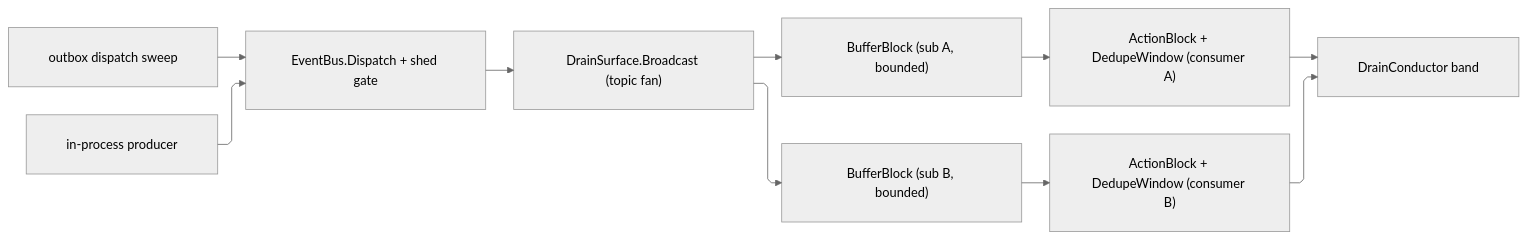
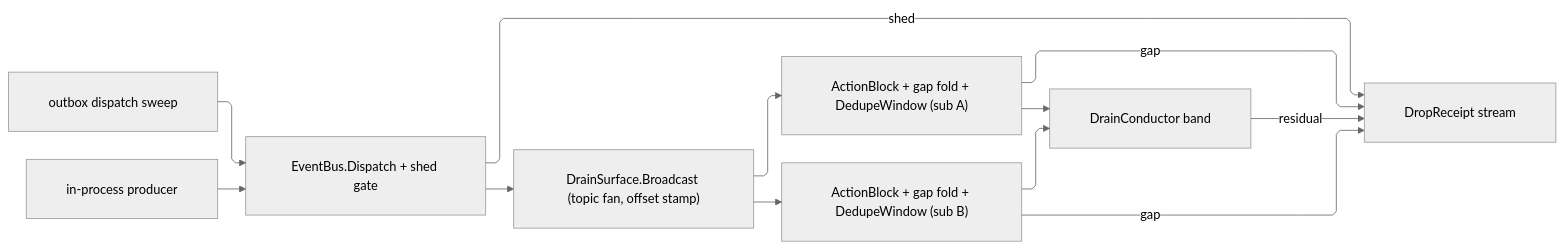
One commit to bsamiee/Rasm changed the diagram in libs/csharp/Rasm.AppHost/.planning/Wire/topics.md. Above: the diagram before and after it, drawn with Mermaid (neutral theme). The commit also changed other lines of this file and 400 other files, not shown here.

````diff
--- a/libs/csharp/Rasm.AppHost/.planning/Wire/topics.md
+++ b/libs/csharp/Rasm.AppHost/.planning/Wire/topics.md
@@ -177,21 +290,23 @@
 ```mermaid
 ---
 config:
   layout: elk
   flowchart:
     curve: linear
     padding: 25
 ---
 flowchart LR
-    accTitle: One topic fan, bounded subscriptions, one drain
-    accDescr: A DomainEvent posts to the topic fan through the drain-surface broadcast builder; each subscription is a bounded BufferBlock feeding an ActionBlock consumer behind the composed dedupe window; the outbox dispatch sweep and in-process producers both publish through EventBus.Dispatch under the degradation shed gate; the bus drains under the runtime conductor.
+    accTitle: One topic fan, one waiting room per subscription, loss receipted at both ends
+    accDescr: A DomainEvent enters EventBus.Dispatch from the outbox dispatch sweep or an in-process producer; the degradation shed gate either mints a Shed drop receipt or hands the event to the topic fan, which stamps the topic's next dense offset through the drain-surface broadcast builder; each subscription is one bounded ActionBlock seated directly as a fan sink, folding the arriving offset into its seat and minting a Missed drop receipt for any gap before the composed dedupe window admits the event; the bus drains under the runtime conductor, which compares the head cursor against each seat and mints the residual Missed receipt for tail loss.
     Sweep["outbox dispatch sweep"] --> Dispatch
     Producer["in-process producer"] --> Dispatch
-    Dispatch["EventBus.Dispatch + shed gate"] --> Fan["DrainSurface.Broadcast (topic fan)"]
-    Fan --> Buf1["BufferBlock (sub A, bounded)"]
-    Fan --> Buf2["BufferBlock (sub B, bounded)"]
-    Buf1 --> Act1["ActionBlock + DedupeWindow (consumer A)"]
-    Buf2 --> Act2["ActionBlock + DedupeWindow (consumer B)"]
+    Dispatch["EventBus.Dispatch + shed gate"] --> Fan["DrainSurface.Broadcast (topic fan, offset stamp)"]
+    Dispatch -- shed --> Drops["DropReceipt stream"]
+    Fan --> Act1["ActionBlock + gap fold + DedupeWindow (sub A)"]
+    Fan --> Act2["ActionBlock + gap fold + DedupeWindow (sub B)"]
+    Act1 -- gap --> Drops
+    Act2 -- gap --> Drops
     Act1 --> Drain["DrainConductor band"]
     Act2 --> Drain
+    Drain -- residual --> Drops
 ```
````
